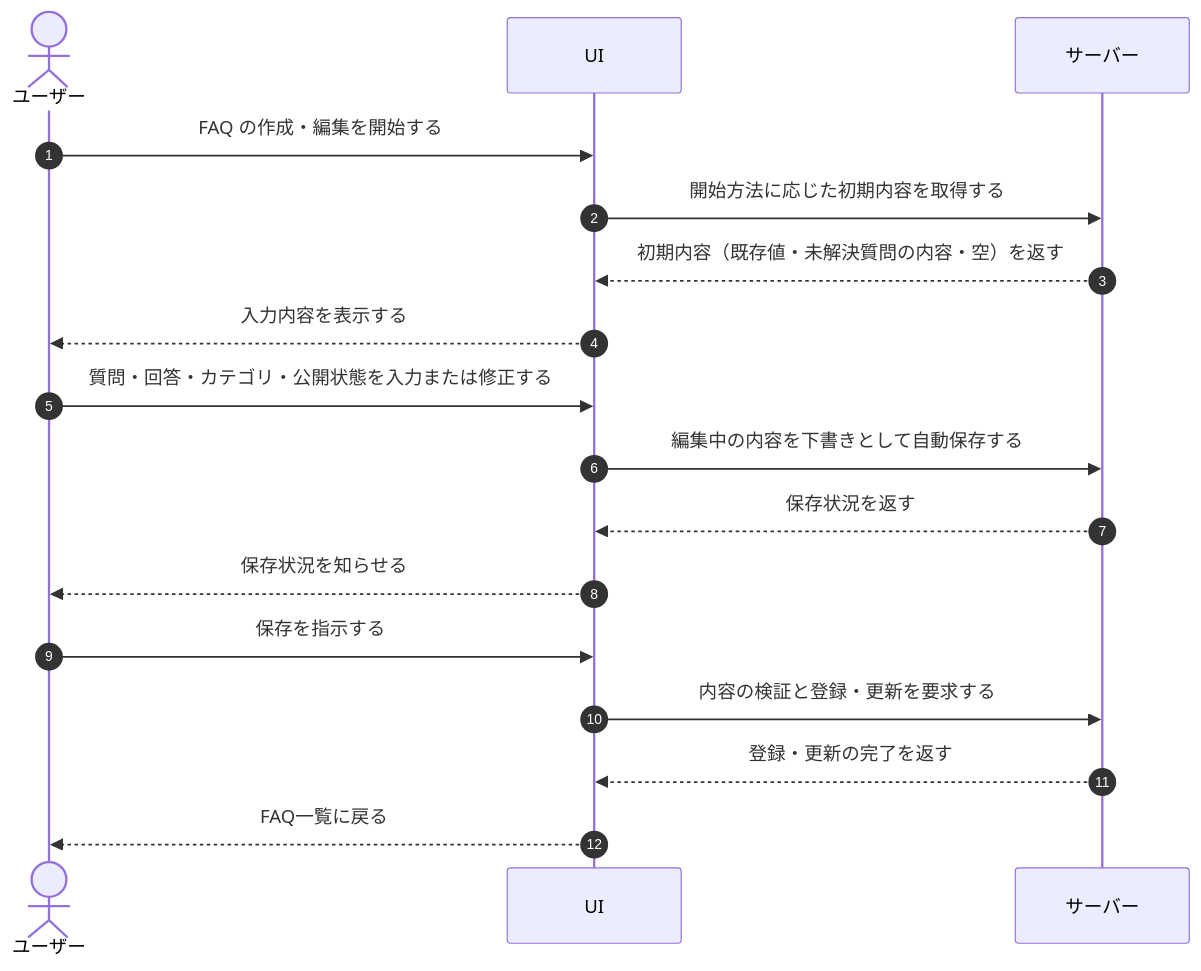
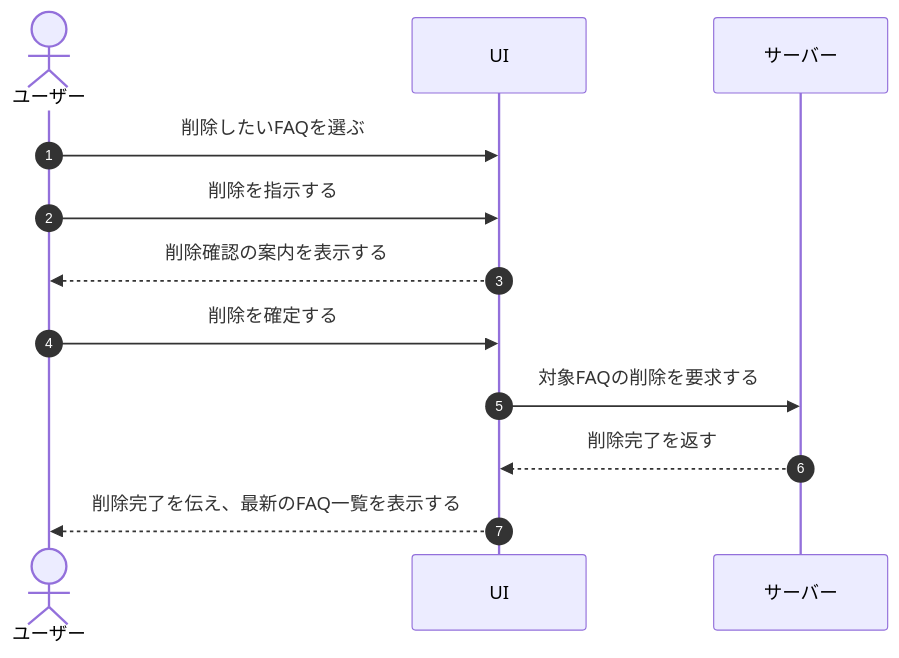
The diagram in 01_requirements/04_business_usecases/UC-025.md (sikakou54/open-faq), drawn with Mermaid before and after one commit. The commit also changed other lines of this file and 395 other files, not shown here.

````diff
--- a/01_requirements/04_business_usecases/UC-025.md
+++ b/01_requirements/04_business_usecases/UC-025.md
@@ -26,20 +26,15 @@
 ```mermaid
 sequenceDiagram
   autonumber
   actor U as ユーザー
   participant UI as UI
   participant S as サーバー
 
-  U->>UI: FAQ の作成・編集を開始する
-  UI->>S: 開始方法に応じた初期内容を取得する
-  S-->>UI: 初期内容（既存値・未解決質問の内容・空）を返す
-  UI-->>U: 入力内容を表示する
-  U->>UI: 質問・回答・カテゴリ・公開状態を入力または修正する
-  UI->>S: 編集中の内容を下書きとして自動保存する
-  S-->>UI: 保存状況を返す
-  UI-->>U: 保存状況を知らせる
-  U->>UI: 保存を指示する
-  UI->>S: 内容の検証と登録・更新を要求する
-  S-->>UI: 登録・更新の完了を返す
-  UI-->>U: FAQ一覧に戻る
+  U->>UI: 削除したいFAQを選ぶ
+  U->>UI: 削除を指示する
+  UI-->>U: 削除確認の案内を表示する
+  U->>UI: 削除を確定する
+  UI->>S: 対象FAQの削除を要求する
+  S-->>UI: 削除完了を返す
+  UI-->>U: 削除完了を伝え、最新のFAQ一覧を表示する
 ```
````
